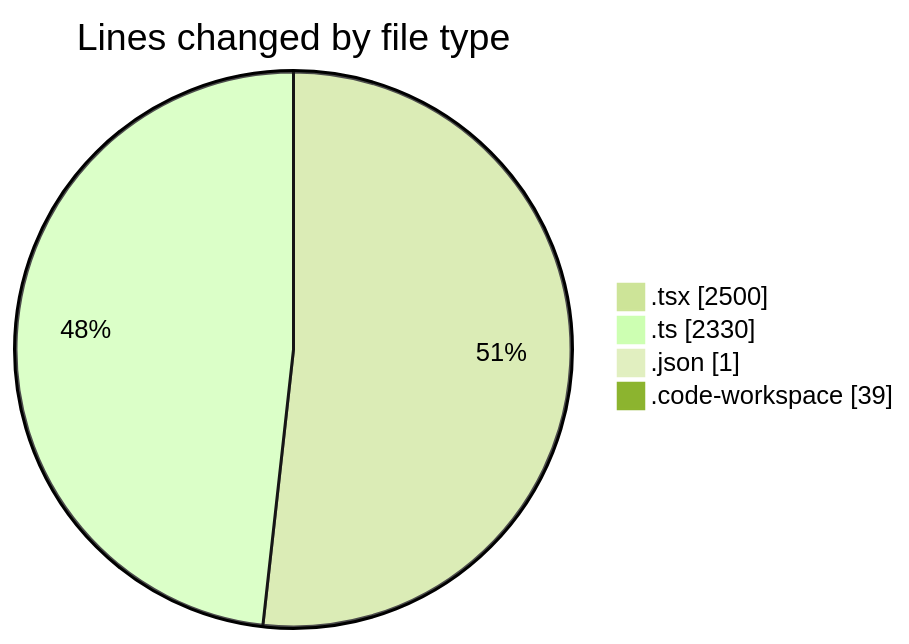
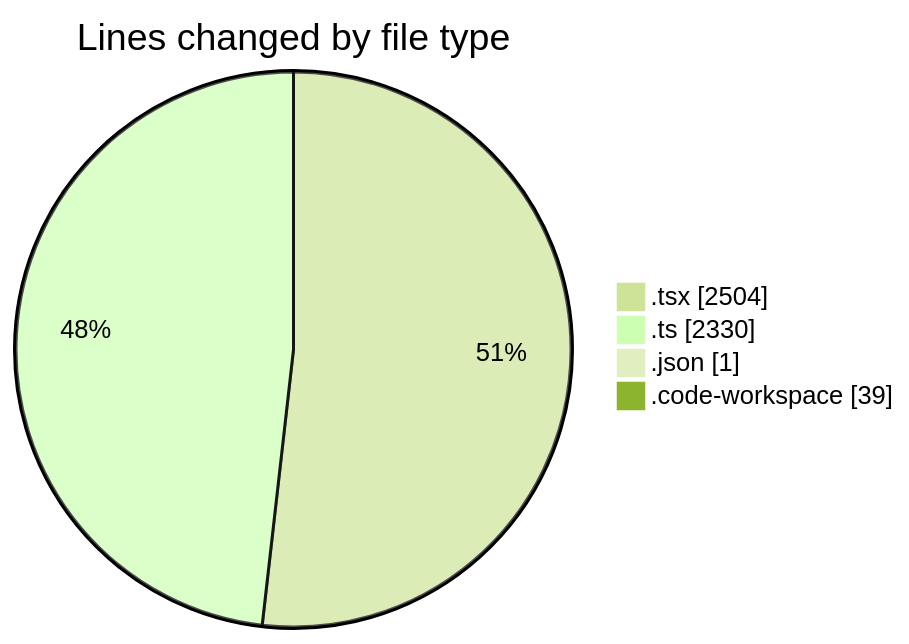
One commit to julien-gomy/code-tracking changed the first of 2 diagrams in 2025-10-08/eventscop-frontend-guide__workspace_/README.md. Above: the diagram before and after it, drawn with Mermaid (forest theme). The commit also changed other lines of this file and 1 other file, not shown here.

````diff
--- a/2025-10-08/eventscop-frontend-guide__workspace_/README.md
+++ b/2025-10-08/eventscop-frontend-guide__workspace_/README.md
@@ -38,8 +38,8 @@
 ```mermaid
 pie showData
 title Lines changed by file type
-".tsx" : 2500
+".tsx" : 2504
 ".ts" : 2330
 ".json" : 1
 ".code-workspace" : 39
 ```
````
